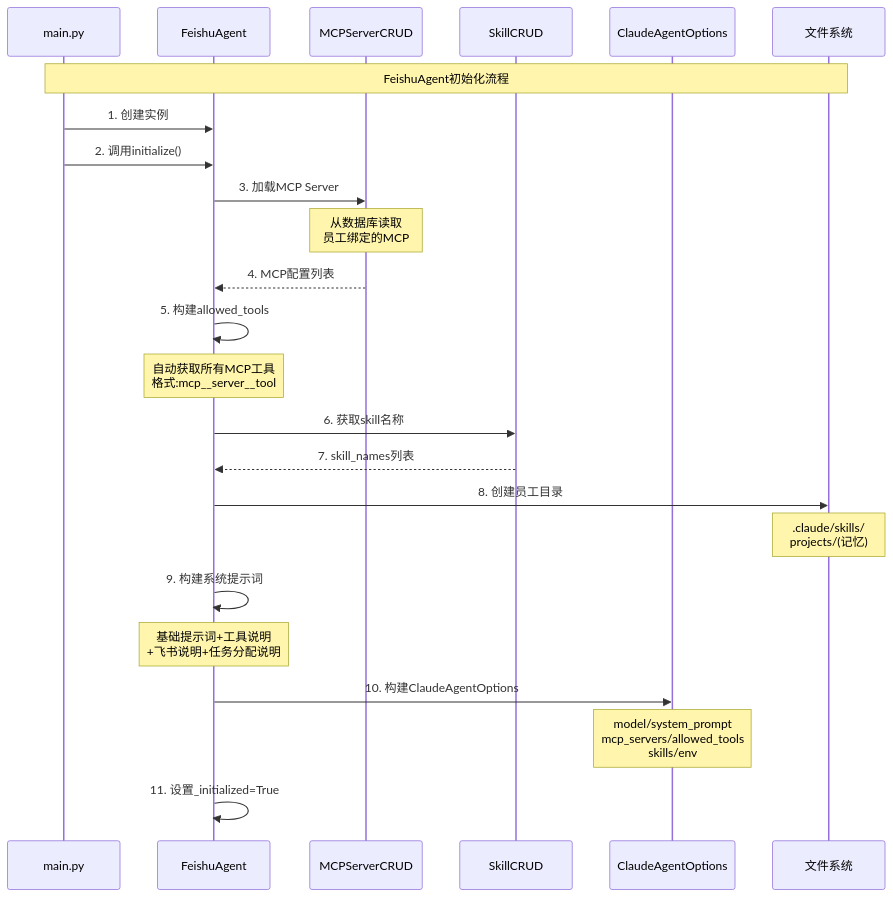
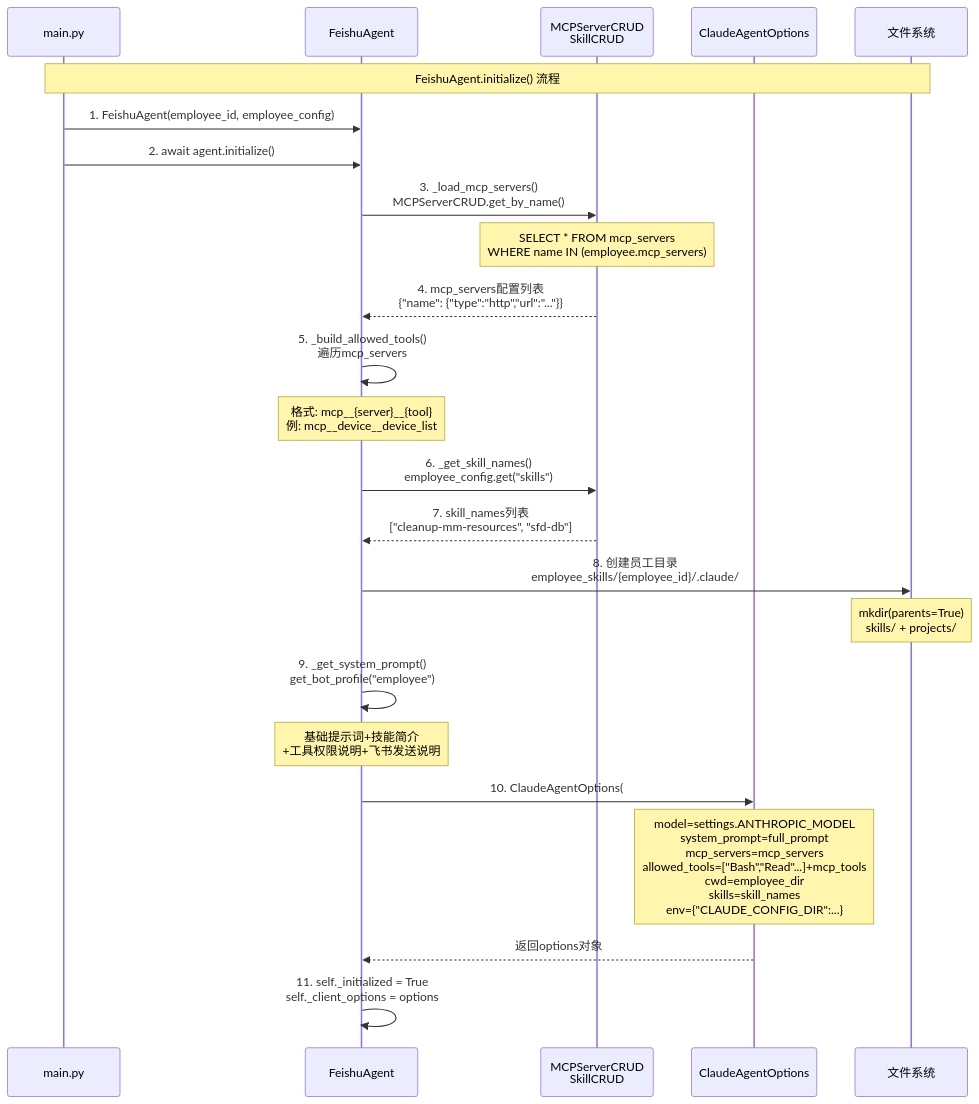
One commit to xiaocaipi/mm-doc changed the fifth of 8 diagrams in agent/code_flow_analysis_feishu_agent_deep.md. Above: the diagram before and after it, drawn with Mermaid. The commit also changed other lines of this file, not shown here.

````diff
--- a/agent/code_flow_analysis_feishu_agent_deep.md
+++ b/agent/code_flow_analysis_feishu_agent_deep.md
@@ -187,35 +187,35 @@
 ```mermaid
 sequenceDiagram
     participant Main as main.py
     participant Agent as FeishuAgent
-    participant CRUD as MCPServerCRUD
-    participant Skill as SkillCRUD
+    participant CRUD as MCPServerCRUD<br/>SkillCRUD
     participant SDK as ClaudeAgentOptions
     participant Dir as 文件系统
     
-    Note over Main,Dir: FeishuAgent初始化流程
+    Note over Main,Dir: FeishuAgent.initialize() 流程
     
-    Main->>Agent: 1. 创建实例
-    Main->>Agent: 2. 调用initialize()
+    Main->>Agent: 1. FeishuAgent(employee_id, employee_config)
+    Main->>Agent: 2. await agent.initialize()
     
-    Agent->>CRUD: 3. 加载MCP Server
-    Note over CRUD: 从数据库读取<br/>员工绑定的MCP
-    CRUD-->>Agent: 4. MCP配置列表
+    Agent->>CRUD: 3. _load_mcp_servers()<br/>MCPServerCRUD.get_by_name()
+    Note over CRUD: SELECT * FROM mcp_servers<br/>WHERE name IN (employee.mcp_servers)
+    CRUD-->>Agent: 4. mcp_servers配置列表<br/>{"name": {"type":"http","url":"..."}}
     
-    Agent->>Agent: 5. 构建allowed_tools
-    Note over Agent: 自动获取所有MCP工具<br/>格式:mcp__server__tool
+    Agent->>Agent: 5. _build_allowed_tools()<br/>遍历mcp_servers
+    Note over Agent: 格式: mcp__{server}__{tool}<br/>例: mcp__device__device_list
     
-    Agent->>Skill: 6. 获取skill名称
-    Skill-->>Agent: 7. skill_names列表
+    Agent->>CRUD: 6. _get_skill_names()<br/>employee_config.get("skills")
+    CRUD-->>Agent: 7. skill_names列表<br/>["cleanup-mm-resources", "sfd-db"]
     
-    Agent->>Dir: 8. 创建员工目录
-    Note over Dir: .claude/skills/<br/>projects/(记忆)
+    Agent->>Dir: 8. 创建员工目录<br/>employee_skills/{employee_id}/.claude/
+    Note over Dir: mkdir(parents=True)<br/>skills/ + projects/
     
-    Agent->>Agent: 9. 构建系统提示词
-    Note over Agent: 基础提示词+工具说明<br/>+飞书说明+任务分配说明
+    Agent->>Agent: 9. _get_system_prompt()<br/>get_bot_profile("employee")
+    Note over Agent: 基础提示词+技能简介<br/>+工具权限说明+飞书发送说明
     
-    Agent->>SDK: 10. 构建ClaudeAgentOptions
-    Note over SDK: model/system_prompt<br/>mcp_servers/allowed_tools<br/>skills/env
+    Agent->>SDK: 10. ClaudeAgentOptions(
+    Note over SDK: model=settings.ANTHROPIC_MODEL<br/>system_prompt=full_prompt<br/>mcp_servers=mcp_servers<br/>allowed_tools=["Bash","Read"...]+mcp_tools<br/>cwd=employee_dir<br/>skills=skill_names<br/>env={"CLAUDE_CONFIG_DIR":...}
+    SDK-->>Agent: 返回options对象
     
-    Agent->>Agent: 11. 设置_initialized=True
+    Agent->>Agent: 11. self._initialized = True<br/>self._client_options = options
 ```
````
